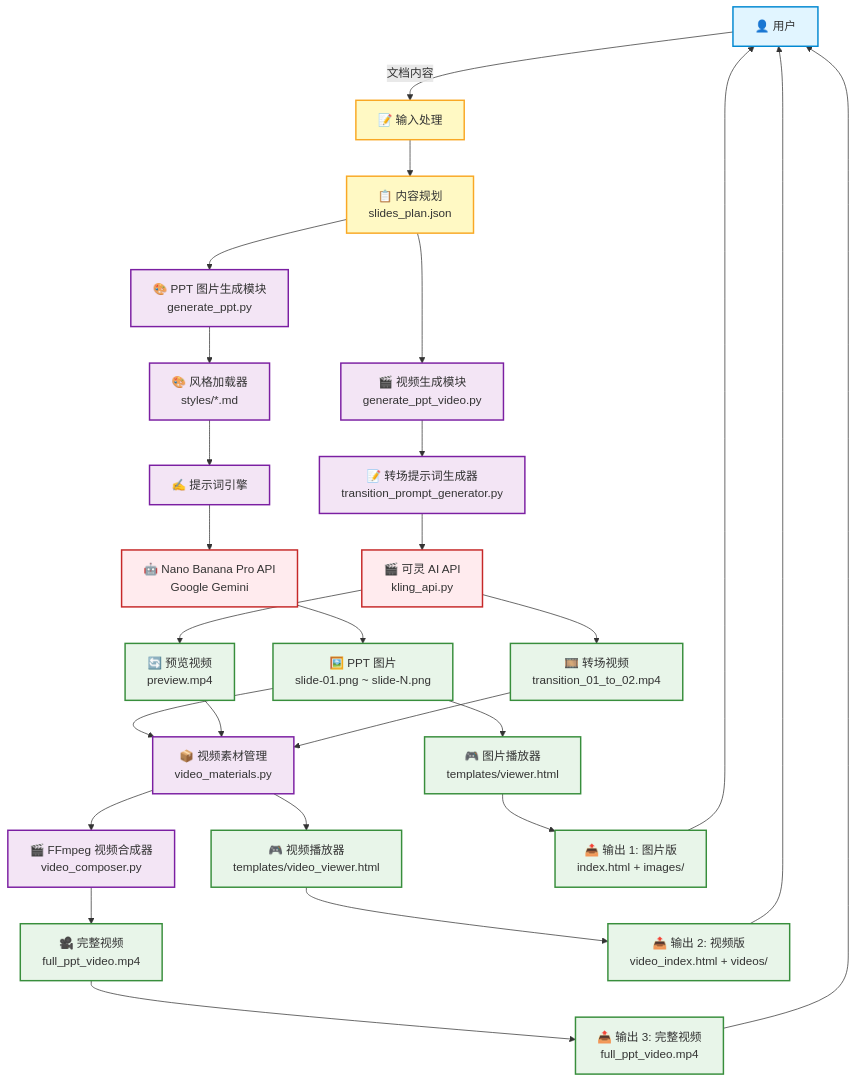
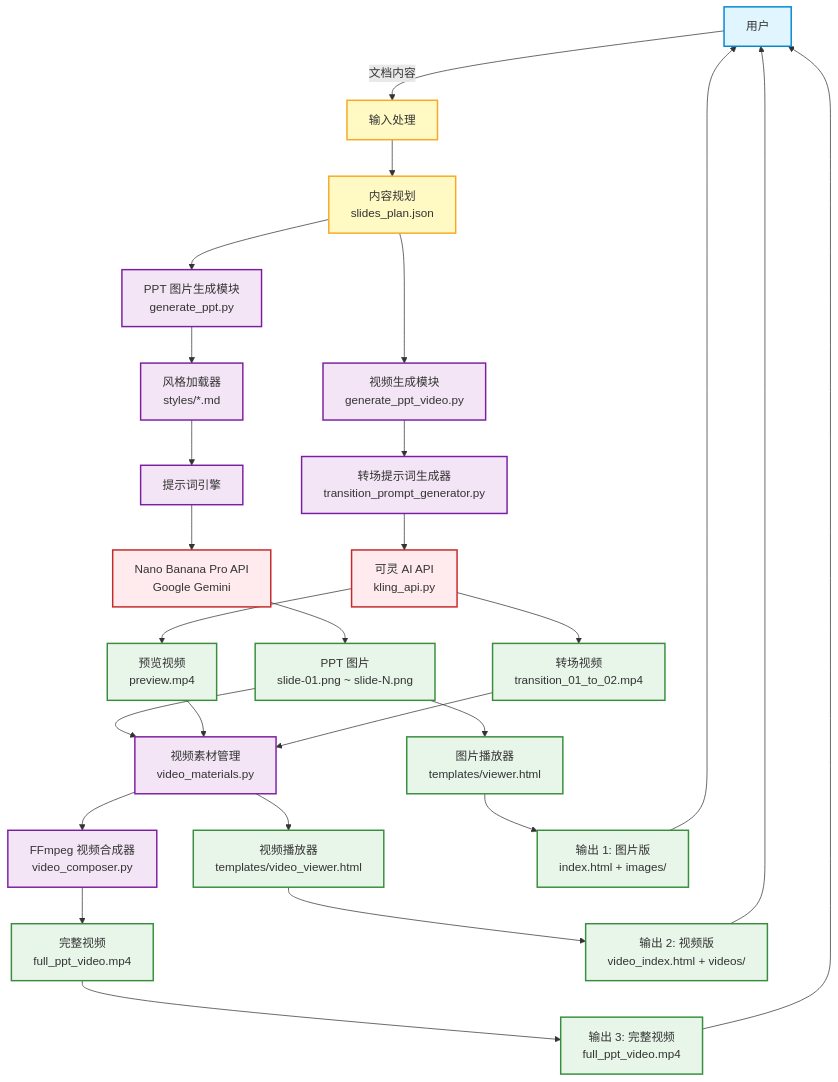
One commit to Dawgomatic/Xagent changed the diagram in skills/skills/truongvknnlthao-gif/ppt-generator-pro/ARCHITECTURE.md. Above: the diagram before and after it, drawn with Mermaid. The commit also changed other lines of this file and 18009 other files, not shown here.

````diff
--- a/skills/skills/truongvknnlthao-gif/ppt-generator-pro/ARCHITECTURE.md
+++ b/skills/skills/truongvknnlthao-gif/ppt-generator-pro/ARCHITECTURE.md
@@ -5,58 +5,58 @@
 ```mermaid
 graph TB
     %% 用户输入
-    User[👤 用户] -->|文档内容| Input[📝 输入处理]
+    User[ 用户] -->|文档内容| Input[ 输入处理]
     
     %% 输入处理
-    Input --> Plan[📋 内容规划<br/>slides_plan.json]
+    Input --> Plan[ 内容规划<br/>slides_plan.json]
     
     %% 核心模块
-    Plan --> PPTGen[🎨 PPT 图片生成模块<br/>generate_ppt.py]
-    Plan --> VideoGen[🎬 视频生成模块<br/>generate_ppt_video.py]
+    Plan --> PPTGen[ PPT 图片生成模块<br/>generate_ppt.py]
+    Plan --> VideoGen[ 视频生成模块<br/>generate_ppt_video.py]
     
     %% PPT 图片生成流程
-    PPTGen --> StyleLoader[🎨 风格加载器<br/>styles/*.md]
-    StyleLoader --> PromptEngine[✍️ 提示词引擎]
-    PromptEngine --> NanoBanana[🤖 Nano Banana Pro API<br/>Google Gemini]
-    NanoBanana --> Images[🖼️ PPT 图片<br/>slide-01.png ~ slide-N.png]
+    PPTGen --> StyleLoader[ 风格加载器<br/>styles/*.md]
+    StyleLoader --> PromptEngine[ 提示词引擎]
+    PromptEngine --> NanoBanana[ Nano Banana Pro API<br/>Google Gemini]
+    NanoBanana --> Images[ PPT 图片<br/>slide-01.png ~ slide-N.png]
     
     %% 视频生成流程
-    VideoGen --> TransPrompt[📝 转场提示词生成器<br/>transition_prompt_generator.py]
-    TransPrompt --> KlingAPI[🎬 可灵 AI API<br/>kling_api.py]
-    KlingAPI --> PreviewVideo[🔄 预览视频<br/>preview.mp4]
-    KlingAPI --> TransVideos[🎞️ 转场视频<br/>transition_01_to_02.mp4]
+    VideoGen --> TransPrompt[ 转场提示词生成器<br/>transition_prompt_generator.py]
+    TransPrompt --> KlingAPI[ 可灵 AI API<br/>kling_api.py]
+    KlingAPI --> PreviewVideo[ 预览视频<br/>preview.mp4]
+    KlingAPI --> TransVideos[ 转场视频<br/>transition_01_to_02.mp4]
     
     %% 视频合成
-    Images --> VideoMat[📦 视频素材管理<br/>video_materials.py]
+    Images --> VideoMat[ 视频素材管理<br/>video_materials.py]
     PreviewVideo --> VideoMat
     TransVideos --> VideoMat
     
-    VideoMat --> Composer[🎬 FFmpeg 视频合成器<br/>video_composer.py]
-    Composer --> FullVideo[🎥 完整视频<br/>full_ppt_video.mp4]
+    VideoMat --> Composer[ FFmpeg 视频合成器<br/>video_composer.py]
+    Composer --> FullVideo[ 完整视频<br/>full_ppt_video.mp4]
     
     %% 播放器生成
-    Images --> ImgPlayer[🎮 图片播放器<br/>templates/viewer.html]
-    VideoMat --> VidPlayer[🎮 视频播放器<br/>templates/video_viewer.html]
+    Images --> ImgPlayer[ 图片播放器<br/>templates/viewer.html]
+    VideoMat --> VidPlayer[ 视频播放器<br/>templates/video_viewer.html]
     
     %% 输出
-    ImgPlayer --> Output1[📤 输出 1: 图片版<br/>index.html + images/]
-    VidPlayer --> Output2[📤 输出 2: 视频版<br/>video_index.html + videos/]
-    FullVideo --> Output3[📤 输出 3: 完整视频<br/>full_ppt_video.mp4]
+    ImgPlayer --> Output1[ 输出 1: 图片版<br/>index.html + images/]
+    VidPlayer --> Output2[ 输出 2: 视频版<br/>video_index.html + videos/]
+    FullVideo --> Output3[ 输出 3: 完整视频<br/>full_ppt_video.mp4]
     
     Output1 --> User
     Output2 --> User
     Output3 --> User
     
     %% 样式定义
     classDef userNode fill:#e1f5ff,stroke:#0288d1,stroke-width:2px
     classDef inputNode fill:#fff9c4,stroke:#f9a825,stroke-width:2px
     classDef coreNode fill:#f3e5f5,stroke:#7b1fa2,stroke-width:2px
     classDef apiNode fill:#ffebee,stroke:#c62828,stroke-width:2px
     classDef outputNode fill:#e8f5e9,stroke:#388e3c,stroke-width:2px
     
     class User userNode
     class Input,Plan inputNode
     class PPTGen,VideoGen,StyleLoader,PromptEngine,TransPrompt,VideoMat,Composer coreNode
     class NanoBanana,KlingAPI apiNode
     class Images,PreviewVideo,TransVideos,FullVideo,ImgPlayer,VidPlayer,Output1,Output2,Output3 outputNode
 ```
````
